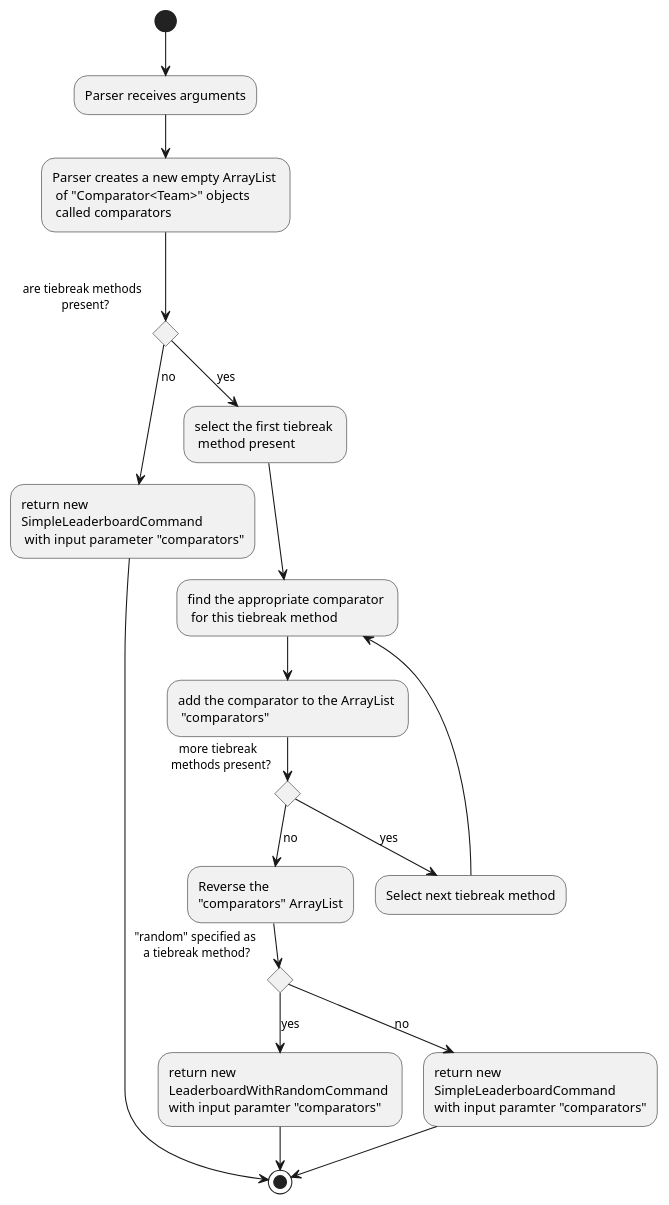
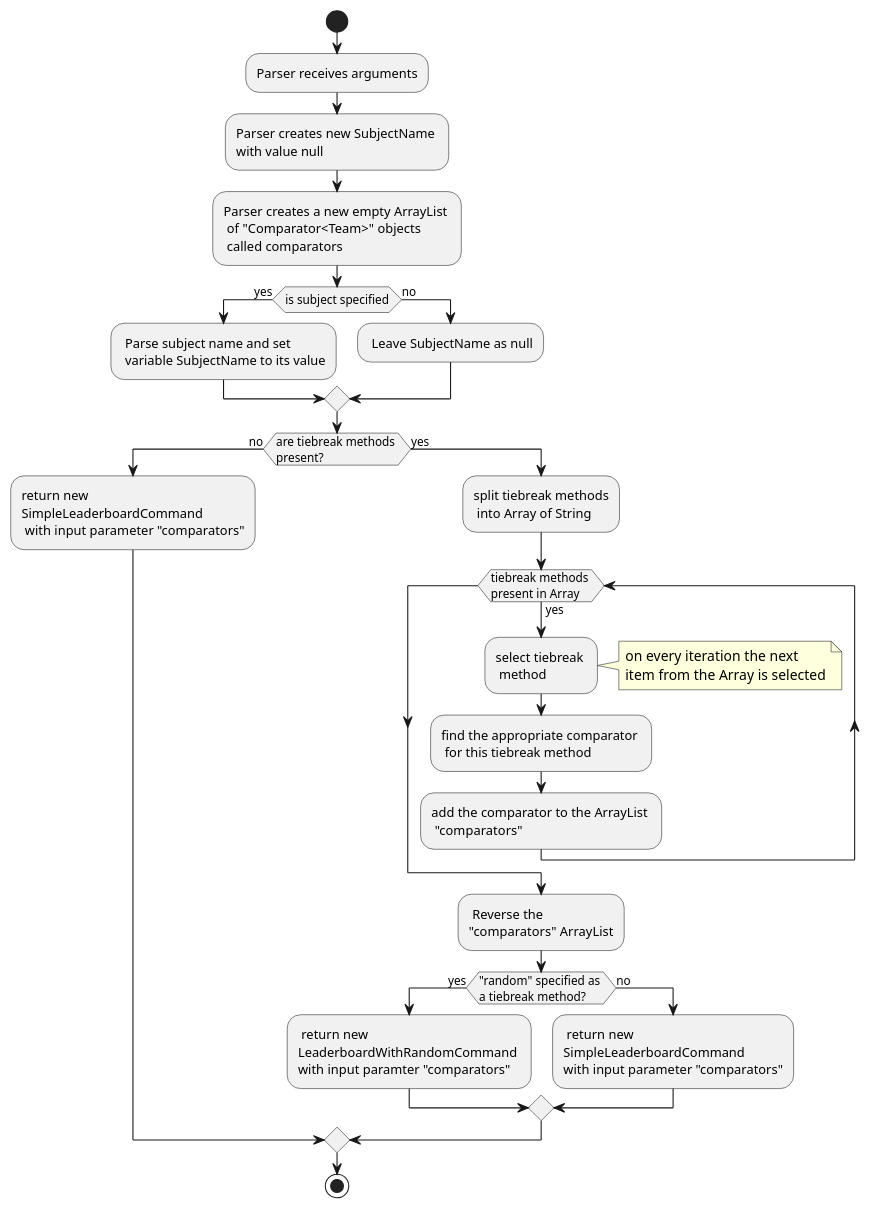
Before and after one commit to nus-cs2103-AY1920S1/addressbook-level3: the diagram in docs/diagrams/TieBreakActivityDiagram.puml, drawn with PlantUML. The commit also changed 7 other files, not shown here.

```diff
--- a/docs/diagrams/TieBreakActivityDiagram.puml
+++ b/docs/diagrams/TieBreakActivityDiagram.puml
@@ -1,26 +1,38 @@
 @startuml
-(*) --> "Parser receives arguments" as first
---> Parser creates a new empty ArrayList \n of "Comparator<Team>" objects \n called comparators
 
----> if are tiebreak methods \n present? then
---> [no] return new \nSimpleLeaderboardCommand \n with input parameter "comparators"
-----> (*)
+start
+:Parser receives arguments;
+:Parser creates new SubjectName \nwith value null;
+:Parser creates a new empty ArrayList \n of "Comparator<Team>" objects \n called comparators;
 
-else
---> [yes] select the first tiebreak \n method present
---> "find the appropriate comparator \n for this tiebreak method" as loop
---> add the comparator to the ArrayList \n "comparators"
+if (is subject specified) then (yes)
+: Parse subject name and set \n variable SubjectName to its value;
+else (no)
+: Leave SubjectName as null;
+endif
 
-    --> if more tiebreak \n methods present? then
-    --> [no] Reverse the \n"comparators" ArrayList
-             if "random" specified as \na tiebreak method? then
-                --> [yes] return new \nLeaderboardWithRandomCommand \nwith input paramter "comparators"
-                --> (*)
-             else
-                --> [no] return new \nSimpleLeaderboardCommand \nwith input paramter "comparators"
-                --> (*)
-             Endif
-    else
-    --> [yes] Select next tiebreak method
-    --> loop
+if (are tiebreak methods \npresent?) then (no)
+:return new \nSimpleLeaderboardCommand \n with input parameter "comparators";
+
+else (yes)
+:split tiebreak methods\n into Array of String;
+while (tiebreak methods \npresent in Array) is (yes)
+:select tiebreak \n method;
+note right
+on every iteration the next
+item from the Array is selected
+end note
+:find the appropriate comparator \n for this tiebreak method;
+:add the comparator to the ArrayList \n "comparators";
+endwhile
+: Reverse the \n"comparators" ArrayList;
+if ("random" specified as \na tiebreak method?) then (yes)
+: return new \nLeaderboardWithRandomCommand \nwith input paramter "comparators";
+else (no)
+: return new \nSimpleLeaderboardCommand \nwith input parameter "comparators";
+endif
+endif
+
+stop
+
 @enduml
```
